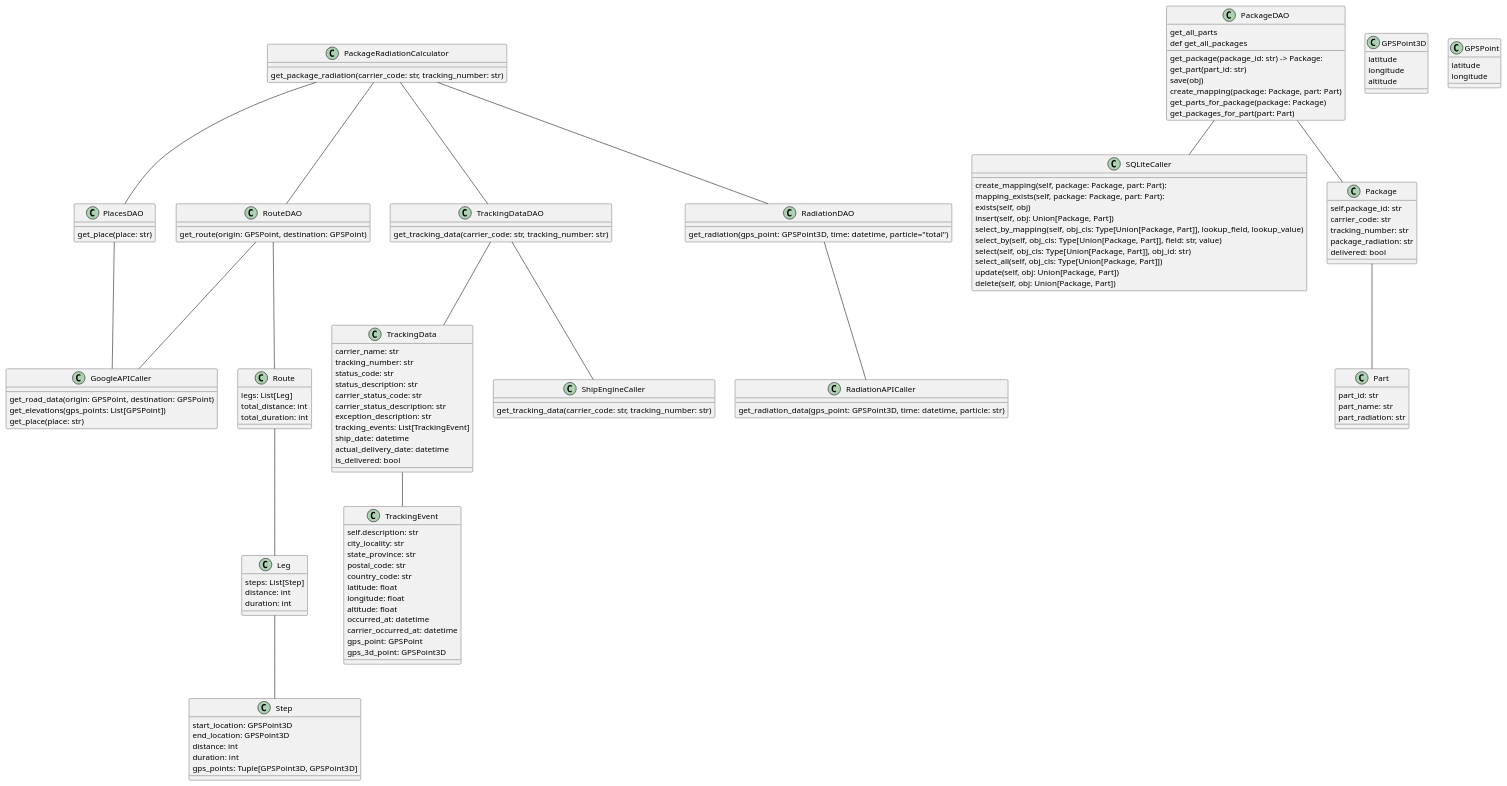
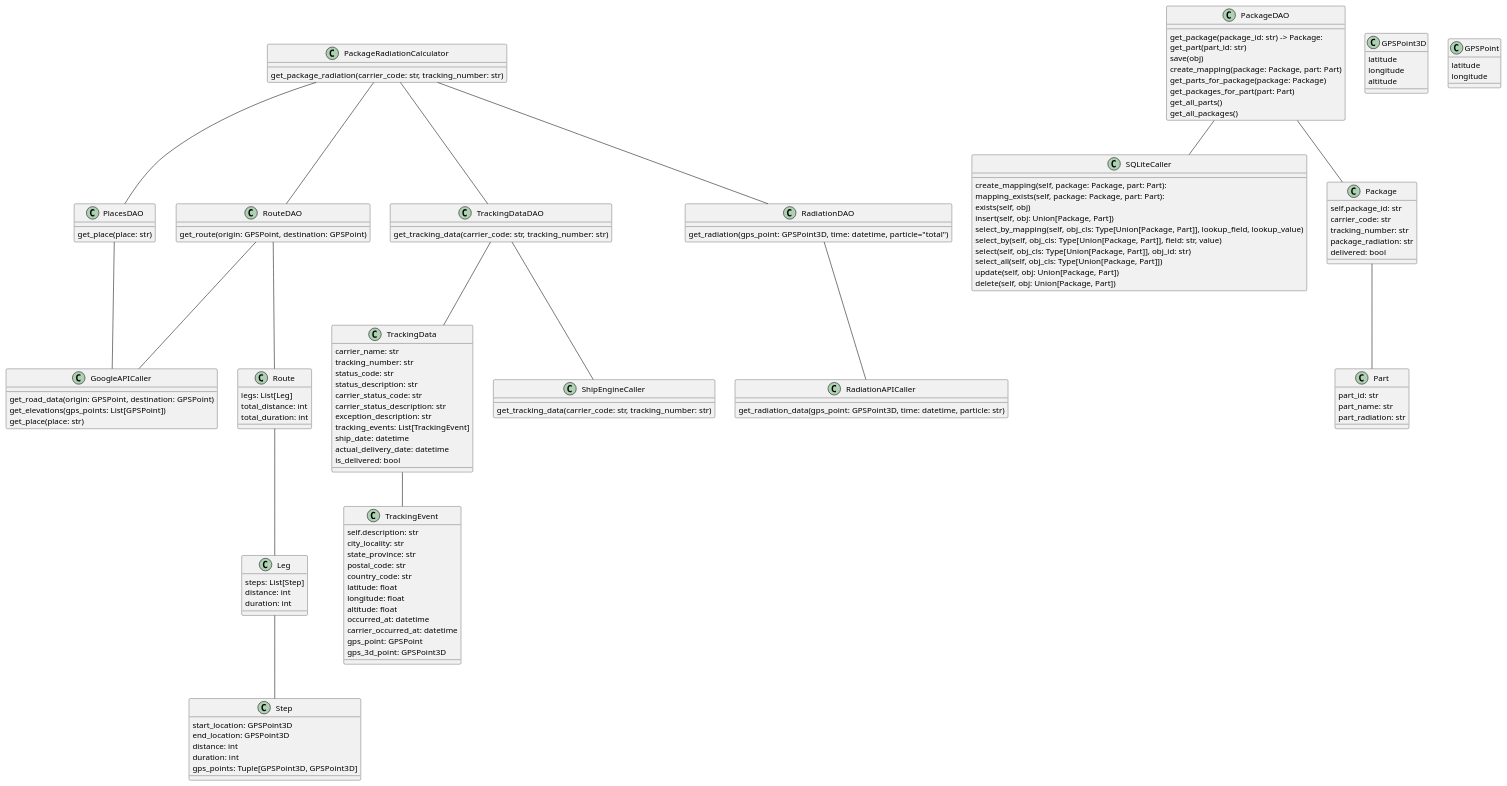
Before and after one commit to hunterthe100/RadiationTrackingSD: the diagram in documentation/class_diagram.puml, drawn with PlantUML.

```diff
--- a/documentation/class_diagram.puml
+++ b/documentation/class_diagram.puml
@@ -1,153 +1,153 @@
 @startuml
 
 class PackageRadiationCalculator {
     get_package_radiation(carrier_code: str, tracking_number: str)
 }
 
 class RouteDAO {
    get_route(origin: GPSPoint, destination: GPSPoint)
 }
 
 class PlacesDAO {
     get_place(place: str)
 }
 
 class GoogleAPICaller {
     get_road_data(origin: GPSPoint, destination: GPSPoint)
     get_elevations(gps_points: List[GPSPoint])
     get_place(place: str)
 }
 
 class Route {
     legs: List[Leg]
     total_distance: int
     total_duration: int
 }
 
 class Leg {
     steps: List[Step]
     distance: int
     duration: int
 }
 
 class Step {
     start_location: GPSPoint3D
     end_location: GPSPoint3D
     distance: int
     duration: int
     gps_points: Tuple[GPSPoint3D, GPSPoint3D]
 }
 
 class TrackingDataDAO {
     get_tracking_data(carrier_code: str, tracking_number: str)
 }
 
 class TrackingData {
     carrier_name: str
     tracking_number: str
     status_code: str
     status_description: str
     carrier_status_code: str
     carrier_status_description: str
     exception_description: str
     tracking_events: List[TrackingEvent]
     ship_date: datetime
     actual_delivery_date: datetime
     is_delivered: bool
 }
 
 class TrackingEvent {
     self.description: str
     city_locality: str
     state_province: str
     postal_code: str
     country_code: str
     latitude: float
     longitude: float
     altitude: float
     occurred_at: datetime
     carrier_occurred_at: datetime
     gps_point: GPSPoint
     gps_3d_point: GPSPoint3D
 }
 
 class ShipEngineCaller {
     get_tracking_data(carrier_code: str, tracking_number: str)
 }
 
 class RadiationDAO {
     get_radiation(gps_point: GPSPoint3D, time: datetime, particle="total")
 }
 
 class RadiationAPICaller {
     get_radiation_data(gps_point: GPSPoint3D, time: datetime, particle: str)
 }
 
 class PackageDAO {
     get_package(package_id: str) -> Package:
     get_part(part_id: str)
     save(obj)
     create_mapping(package: Package, part: Part)
     get_parts_for_package(package: Package)
     get_packages_for_part(part: Part)
-    get_all_parts
-    def get_all_packages
+    get_all_parts()
+    get_all_packages()
 }
 
 class SQLiteCaller {
     create_mapping(self, package: Package, part: Part):
     mapping_exists(self, package: Package, part: Part):
     exists(self, obj)
     insert(self, obj: Union[Package, Part])
     select_by_mapping(self, obj_cls: Type[Union[Package, Part]], lookup_field, lookup_value)
     select_by(self, obj_cls: Type[Union[Package, Part]], field: str, value)
     select(self, obj_cls: Type[Union[Package, Part]], obj_id: str)
     select_all(self, obj_cls: Type[Union[Package, Part]])
     update(self, obj: Union[Package, Part])
     delete(self, obj: Union[Package, Part])
 }
 
 class Package {
     self.package_id: str
     carrier_code: str
     tracking_number: str
     package_radiation: str
     delivered: bool
 }
 
 class Part {
     part_id: str
     part_name: str
     part_radiation: str
 }
 
 class GPSPoint3D {
     latitude
     longitude
     altitude
 }
 
 class GPSPoint {
     latitude
     longitude
 }
 
 PackageRadiationCalculator -down- RouteDAO
 RouteDAO -down- GoogleAPICaller
 RouteDAO -down- Route
 Route -down- Leg
 Leg -down- Step
 PackageRadiationCalculator -down- PlacesDAO
 PlacesDAO -down- GoogleAPICaller
 PackageRadiationCalculator -down- TrackingDataDAO
 TrackingDataDAO -down- ShipEngineCaller
 TrackingDataDAO -down- TrackingData
 TrackingData -down- TrackingEvent
 PackageRadiationCalculator -down- RadiationDAO
 RadiationDAO -down- RadiationAPICaller
 PackageDAO -down- SQLiteCaller
 PackageDAO -down- Package
 Package -down- Part
 
 
 @enduml
```
